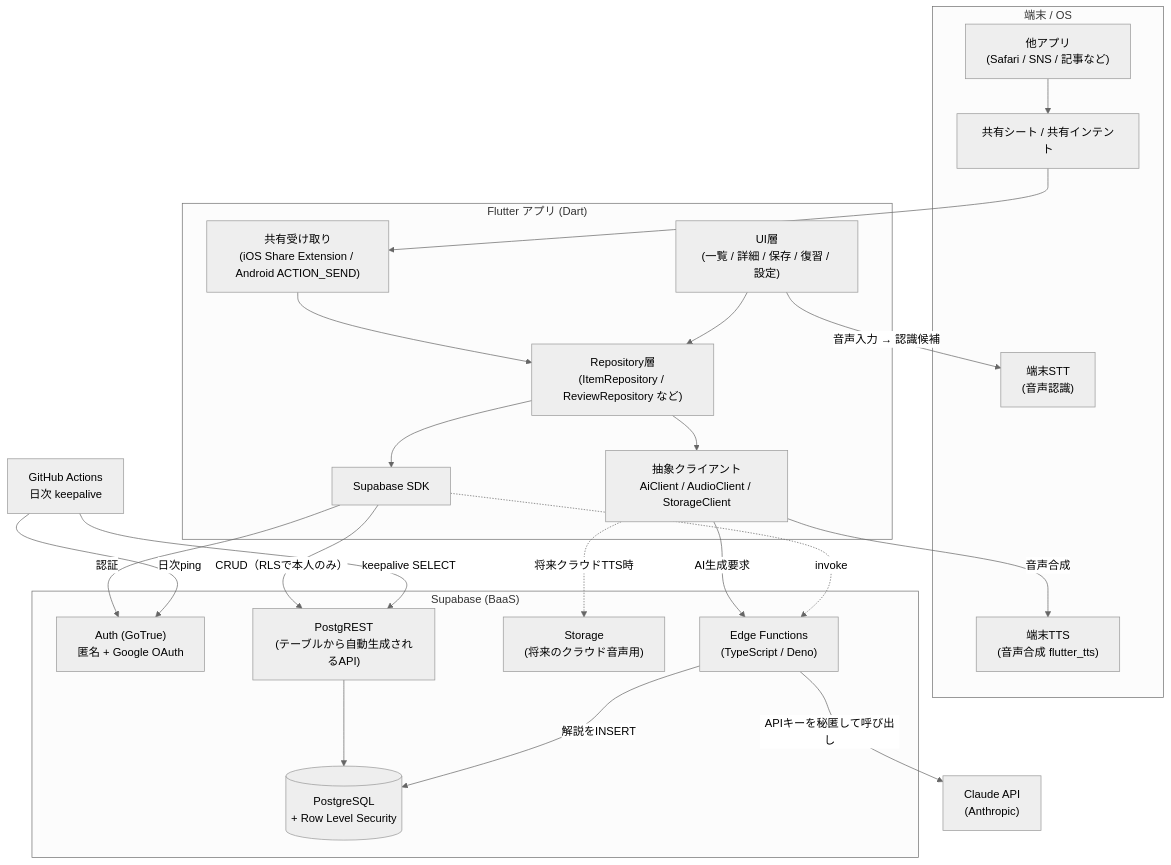
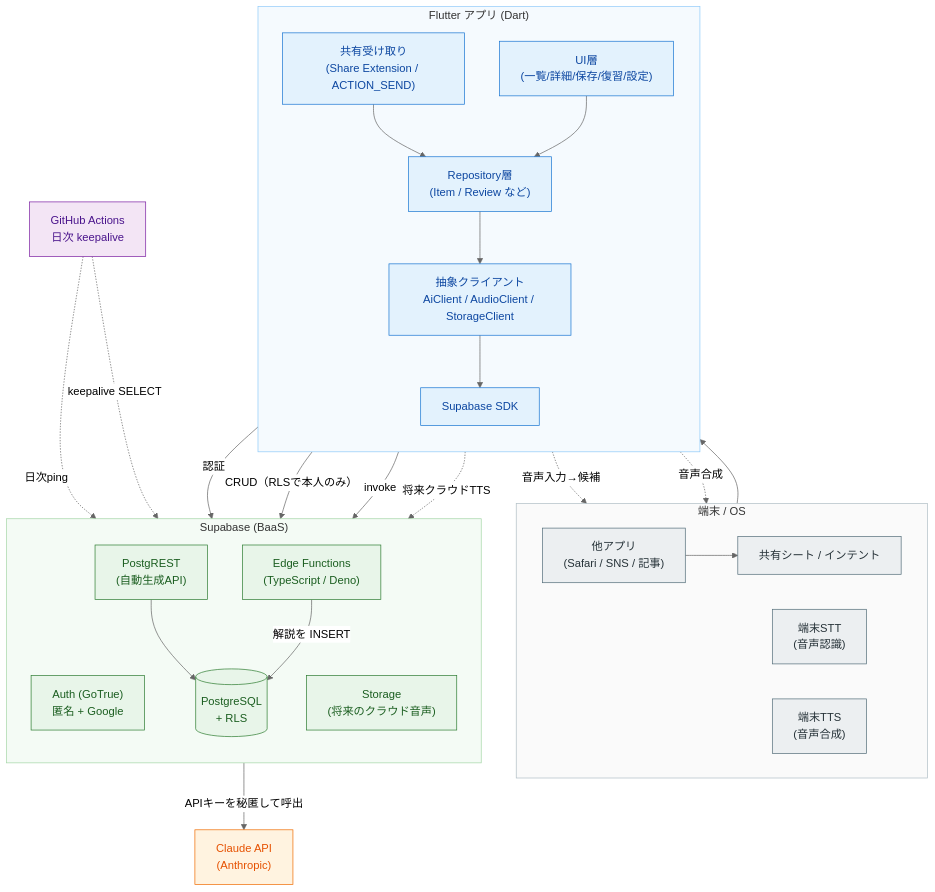
The second of 7 diagrams in docs/architecture.md (komikonkon/Rakuku), drawn with Mermaid (neutral theme) before and after one commit. The commit also changed other lines of this file and 1 other file, not shown here.

First line of the commit message:
Improve diagrams: color-coding, fewer line crossings, review-friendly layout

````diff
--- a/docs/architecture.md
+++ b/docs/architecture.md
@@ -14,43 +39,57 @@
 ```mermaid
 flowchart TB
     subgraph OS["端末 / OS"]
-        OtherApps["他アプリ<br/>(Safari / SNS / 記事など)"]
-        ShareSheet["共有シート / 共有インテント"]
-        STT["端末STT<br/>(音声認識)"]
-        TTS["端末TTS<br/>(音声合成 flutter_tts)"]
+        direction LR
+        OtherApps["他アプリ<br/>(Safari / SNS / 記事)"]:::os
+        ShareSheet["共有シート / インテント"]:::os
+        STT["端末STT<br/>(音声認識)"]:::os
+        TTS["端末TTS<br/>(音声合成)"]:::os
     end
 
     subgraph App["Flutter アプリ (Dart)"]
-        UI["UI層<br/>(一覧 / 詳細 / 保存 / 復習 / 設定)"]
-        ShareExt["共有受け取り<br/>(iOS Share Extension / Android ACTION_SEND)"]
-        Repo["Repository層<br/>(ItemRepository / ReviewRepository など)"]
-        Clients["抽象クライアント<br/>AiClient / AudioClient / StorageClient"]
-        SDK["Supabase SDK"]
+        direction TB
+        UI["UI層<br/>(一覧/詳細/保存/復習/設定)"]:::app
+        ShareExt["共有受け取り<br/>(Share Extension / ACTION_SEND)"]:::app
+        Repo["Repository層<br/>(Item / Review など)"]:::app
+        Clients["抽象クライアント<br/>AiClient / AudioClient / StorageClient"]:::app
+        SDK["Supabase SDK"]:::app
     end
 
-    subgraph Supabase["Supabase (BaaS)"]
-        Auth["Auth (GoTrue)<br/>匿名 + Google OAuth"]
-        REST["PostgREST<br/>(テーブルから自動生成されるAPI)"]
-        DB[("PostgreSQL<br/>+ Row Level Security")]
-        Storage["Storage<br/>(将来のクラウド音声用)"]
-        Edge["Edge Functions<br/>(TypeScript / Deno)"]
+    subgraph SB["Supabase (BaaS)"]
+        direction TB
+        Auth["Auth (GoTrue)<br/>匿名 + Google"]:::sb
+        REST["PostgREST<br/>(自動生成API)"]:::sb
+        Edge["Edge Functions<br/>(TypeScript / Deno)"]:::sb
+        DB[("PostgreSQL<br/>+ RLS")]:::sb
+        Storage["Storage<br/>(将来のクラウド音声)"]:::sb
     end
 
-    Claude["Claude API<br/>(Anthropic)"]
-    GHA["GitHub Actions<br/>日次 keepalive"]
+    Claude["Claude API<br/>(Anthropic)"]:::ext
+    GHA["GitHub Actions<br/>日次 keepalive"]:::ops
 
+    %% --- 主フロー（実線・基本は下方向） ---
     OtherApps --> ShareSheet --> ShareExt --> Repo
-    UI --> Repo --> Clients
-    Repo --> SDK
-    Clients -->|音声合成| TTS
-    UI -->|音声入力 → 認識候補| STT
+    UI --> Repo --> Clients --> SDK
     SDK -->|認証| Auth
     SDK -->|CRUD（RLSで本人のみ）| REST --> DB
-    Clients -->|AI生成要求| Edge
-    SDK -.->|invoke| Edge
-    Edge -->|APIキーを秘匿して呼び出し| Claude
-    Edge -->|解説をINSERT| DB
-    Clients -.->|将来クラウドTTS時| Storage
-    GHA -->|日次ping| Auth
-    GHA -->|keepalive SELECT| REST
+    SDK -->|invoke| Edge
+    Edge -->|APIキーを秘匿して呼出| Claude
+    Edge -->|解説を INSERT| DB
+
+    %% --- 補助フロー（点線） ---
+    UI -. 音声入力→候補 .-> STT
+    Clients -. 音声合成 .-> TTS
+    Clients -. 将来クラウドTTS .-> Storage
+    GHA -. 日次ping .-> Auth
+    GHA -. keepalive SELECT .-> REST
+
+    classDef app  fill:#E3F2FD,stroke:#1976D2,color:#0D47A1;
+    classDef sb   fill:#E8F5E9,stroke:#2E7D32,color:#1B5E20;
+    classDef ext  fill:#FFF3E0,stroke:#EF6C00,color:#E65100;
+    classDef os   fill:#ECEFF1,stroke:#546E7A,color:#263238;
+    classDef ops  fill:#F3E5F5,stroke:#7B1FA2,color:#4A148C;
+
+    style OS  fill:#FAFAFA,stroke:#B0BEC5
+    style App fill:#F5FAFE,stroke:#90CAF9
+    style SB  fill:#F4FBF5,stroke:#A5D6A7
 ```
````
